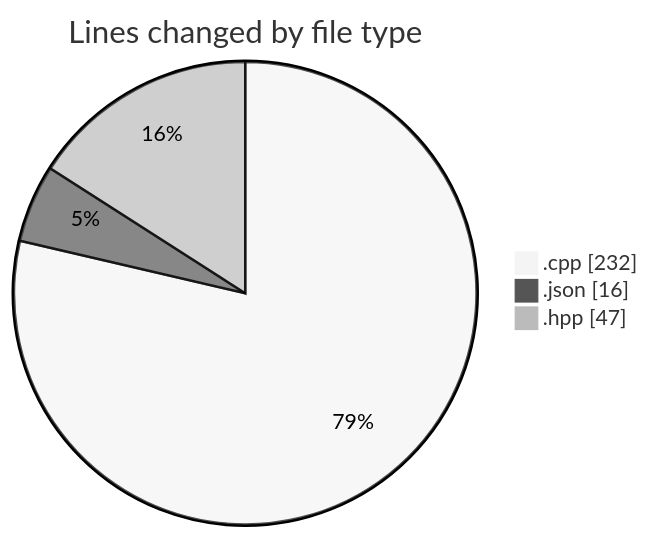
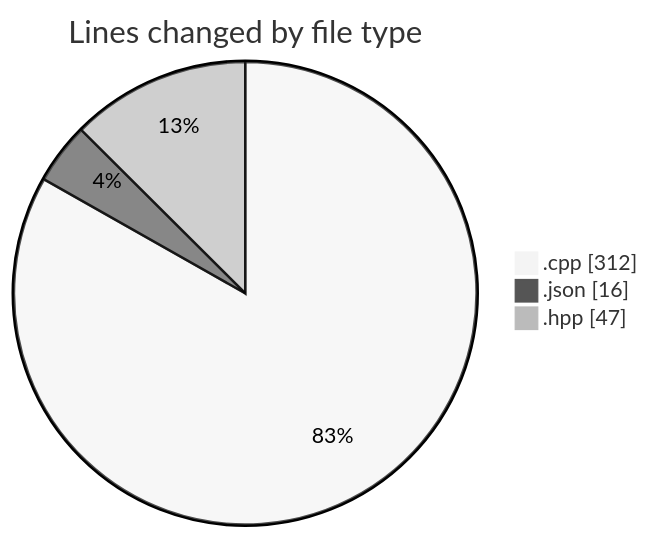
One commit to Netris89/code-tracking changed the first of 2 diagrams in 2025-04-21/echo/README.md. Above: the diagram before and after it, drawn with Mermaid (neutral theme). The commit also changed other lines of this file and 1 other file, not shown here.

````diff
--- a/2025-04-21/echo/README.md
+++ b/2025-04-21/echo/README.md
@@ -24,7 +24,7 @@
 ```mermaid
 pie showData
 title Lines changed by file type
-".cpp" : 232
+".cpp" : 312
 ".json" : 16
 ".hpp" : 47
 ```
````
